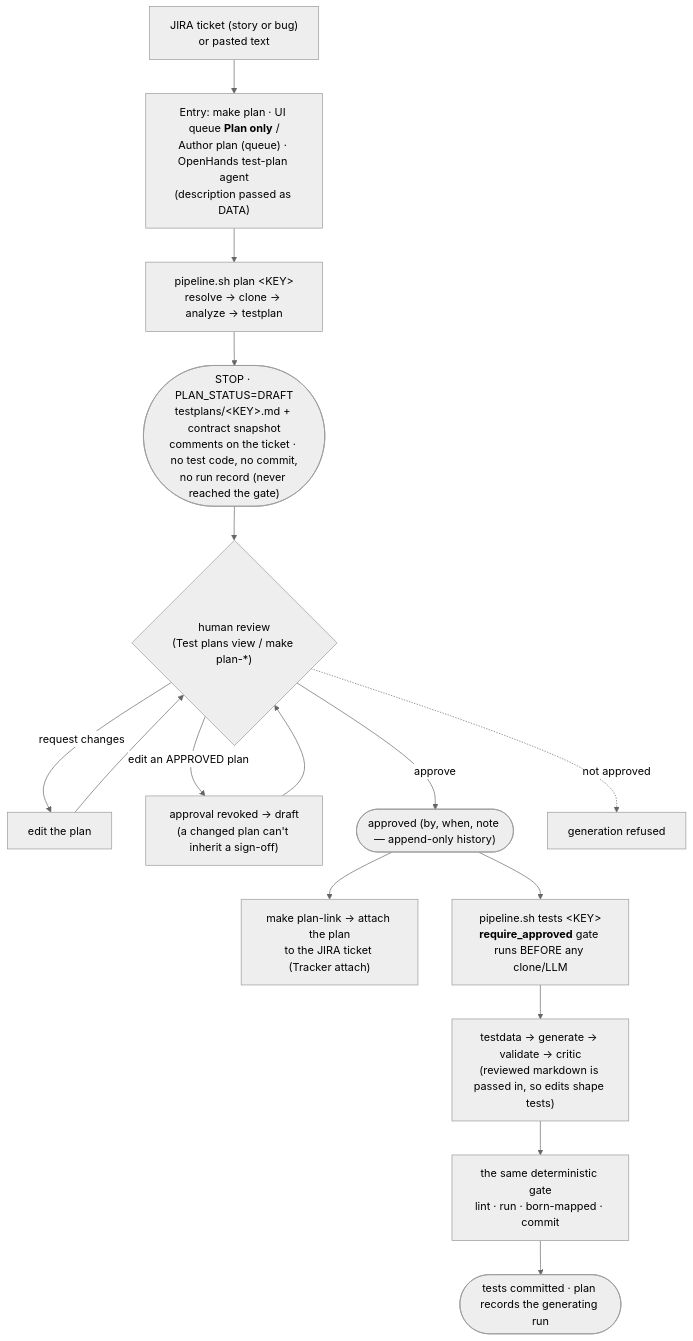
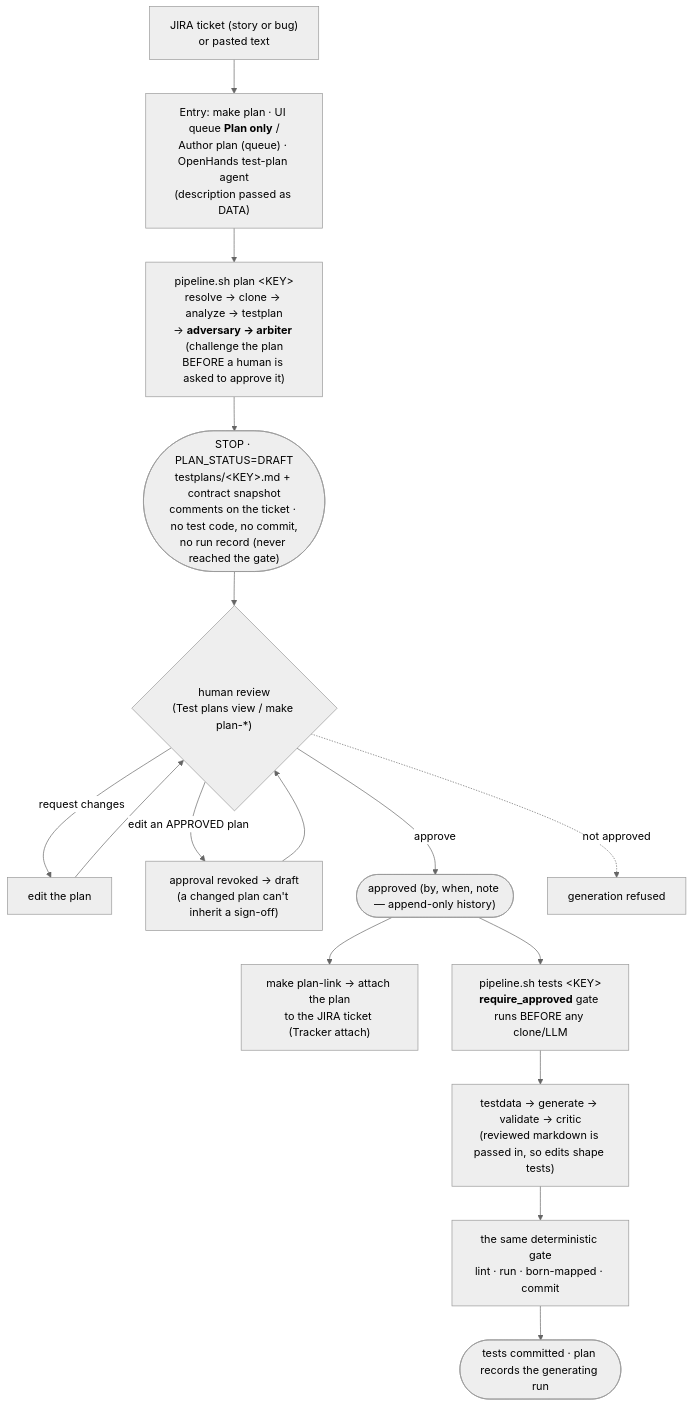
One commit to anandtopu/auto-tests-gen changed diagram 14 of 15 in docs/diagrams.md. Above: the diagram before and after it, drawn with Mermaid (neutral theme). The commit also changed other lines of this file and 82 other files, not shown here.

First line of the commit message:
feat: multi-agent phases — per-repo generation fan-out + adversarial plan review (488 tests)

````diff
--- a/docs/diagrams.md
+++ b/docs/diagrams.md
@@ -394,17 +397,17 @@
 ```mermaid
 flowchart TD
-    T["JIRA ticket (story or bug)<br/>or pasted text"] --> ENTRY["Entry: make plan · UI queue <b>Plan only</b> /<br/>Author plan (queue) · OpenHands test-plan agent<br/>(description passed as DATA)"] --> P1["pipeline.sh plan &lt;KEY&gt;<br/>resolve → clone → analyze → testplan"]
+    T["JIRA ticket (story or bug)<br/>or pasted text"] --> ENTRY["Entry: make plan · UI queue <b>Plan only</b> /<br/>Author plan (queue) · OpenHands test-plan agent<br/>(description passed as DATA)"] --> P1["pipeline.sh plan &lt;KEY&gt;<br/>resolve → clone → analyze → testplan<br/>→ <b>adversary → arbiter</b> (challenge the plan<br/>BEFORE a human is asked to approve it)"]
     P1 --> STOP(["STOP · PLAN_STATUS=DRAFT<br/>testplans/&lt;KEY&gt;.md + contract snapshot<br/>comments on the ticket · no test code, no commit,<br/>no run record (never reached the gate)"])
     STOP --> RV{"human review<br/>(Test plans view / make plan-*)"}
     RV -- "request changes" --> ED["edit the plan"]
     ED --> RV
     RV -- "edit an APPROVED plan" --> REVOKE["approval revoked → draft<br/>(a changed plan can't inherit a sign-off)"]
     REVOKE --> RV
     RV -- approve --> AP(["approved (by, when, note — append-only history)"])
     AP --> LINK["make plan-link → attach the plan<br/>to the JIRA ticket (Tracker attach)"]
     AP --> GEN["pipeline.sh tests &lt;KEY&gt;<br/><b>require_approved</b> gate runs BEFORE any clone/LLM"]
     GEN --> PH["testdata → generate → validate → critic<br/>(reviewed markdown is passed in, so edits shape tests)"]
     PH --> GATE["the same deterministic gate<br/>lint · run · born-mapped · commit"]
     GATE --> DONE(["tests committed · plan records the generating run"])
     RV -. "not approved" .-> BLOCK["generation refused"]
 ```
````
